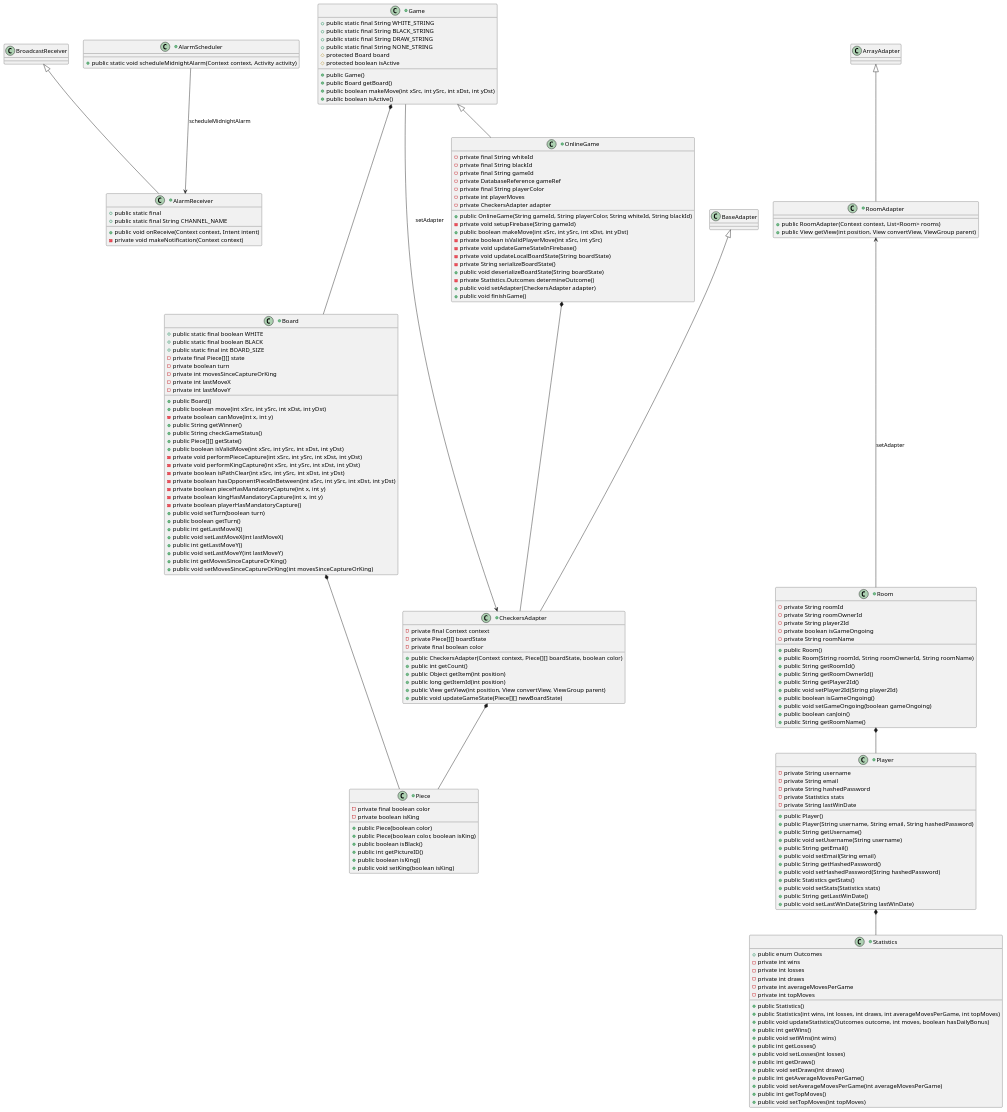
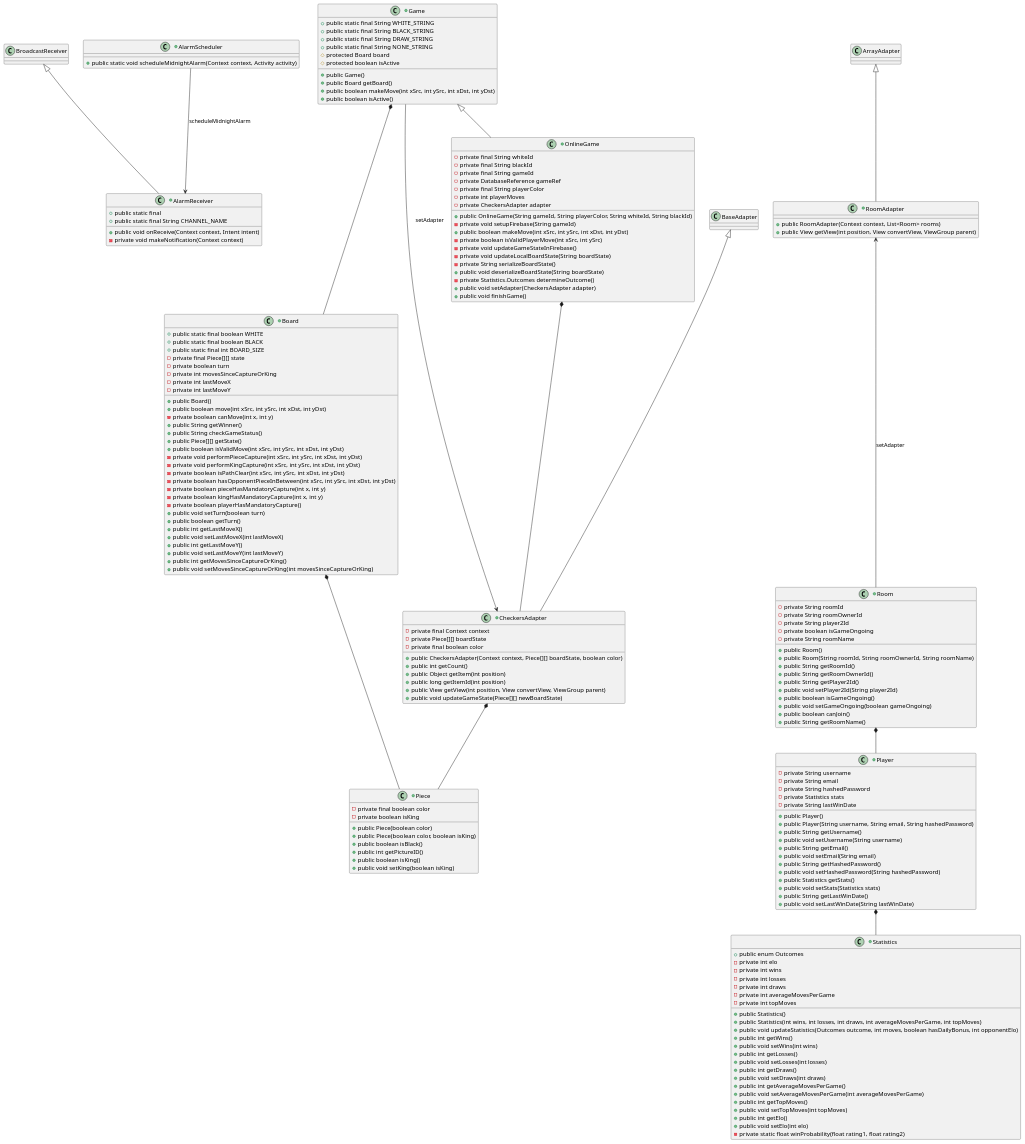
One commit to n-shor/Checkers changed the diagram in app/UMLDiagram.puml. Above: the diagram before and after it, drawn with PlantUML. The commit also changed 3 other files, not shown here.

Commit message:
Updated UML diagram

```diff
--- a/app/UMLDiagram.puml
+++ b/app/UMLDiagram.puml
@@ -1,192 +1,196 @@
 @startuml
 ' https://plantuml.com/class-diagram
 
 +class AlarmReceiver extends BroadcastReceiver
 {
     +public static final
     +public static final String CHANNEL_NAME
     +public void onReceive(Context context, Intent intent)
     -private void makeNotification(Context context)
 }
 
 +class AlarmScheduler
 {
     +public static void scheduleMidnightAlarm(Context context, Activity activity)
 }
 
 +class Board
 {
     +public static final boolean WHITE
     +public static final boolean BLACK
     +public static final int BOARD_SIZE
     -private final Piece[][] state
     -private boolean turn
     -private int movesSinceCaptureOrKing
     -private int lastMoveX
     -private int lastMoveY
     +public Board()
     +public boolean move(int xSrc, int ySrc, int xDst, int yDst)
     -private boolean canMove(int x, int y)
     +public String getWinner()
     +public String checkGameStatus()
     +public Piece[][] getState()
     +public boolean isValidMove(int xSrc, int ySrc, int xDst, int yDst)
     -private void performPieceCapture(int xSrc, int ySrc, int xDst, int yDst)
     -private void performKingCapture(int xSrc, int ySrc, int xDst, int yDst)
     -private boolean isPathClear(int xSrc, int ySrc, int xDst, int yDst)
     -private boolean hasOpponentPieceInBetween(int xSrc, int ySrc, int xDst, int yDst)
     -private boolean pieceHasMandatoryCapture(int x, int y)
     -private boolean kingHasMandatoryCapture(int x, int y)
     -private boolean playerHasMandatoryCapture()
     +public void setTurn(boolean turn)
     +public boolean getTurn()
     +public int getLastMoveX()
     +public void setLastMoveX(int lastMoveX)
     +public int getLastMoveY()
     +public void setLastMoveY(int lastMoveY)
     +public int getMovesSinceCaptureOrKing()
     +public void setMovesSinceCaptureOrKing(int movesSinceCaptureOrKing)
 
 }
 
 +class CheckersAdapter extends BaseAdapter
 {
     -private final Context context
     -private Piece[][] boardState
     -private final boolean color
     +public CheckersAdapter(Context context, Piece[][] boardState, boolean color)
     +public int getCount()
     +public Object getItem(int position)
     +public long getItemId(int position)
     +public View getView(int position, View convertView, ViewGroup parent)
     +public void updateGameState(Piece[][] newBoardState)
 }
 
 +class Game
 {
     +public static final String WHITE_STRING
     +public static final String BLACK_STRING
     +public static final String DRAW_STRING
     +public static final String NONE_STRING
     #protected Board board
     #protected boolean isActive
     +public Game()
     +public Board getBoard()
     +public boolean makeMove(int xSrc, int ySrc, int xDst, int yDst)
     +public boolean isActive()
 }
 
 +class OnlineGame extends Game
 {
     -private final String whiteId
     -private final String blackId
     -private final String gameId
     -private DatabaseReference gameRef
     -private final String playerColor
     -private int playerMoves
     -private CheckersAdapter adapter
     +public OnlineGame(String gameId, String playerColor, String whiteId, String blackId)
     -private void setupFirebase(String gameId)
     +public boolean makeMove(int xSrc, int ySrc, int xDst, int yDst)
     -private boolean isValidPlayerMove(int xSrc, int ySrc)
     -private void updateGameStateInFirebase()
     -private void updateLocalBoardState(String boardState)
     -private String serializeBoardState()
     +public void deserializeBoardState(String boardState)
     -private Statistics.Outcomes determineOutcome()
     +public void setAdapter(CheckersAdapter adapter)
     +public void finishGame()
 }
 
 +class Piece
 {
     -private final boolean color
     -private boolean isKing
     +public Piece(boolean color)
     +public Piece(boolean color, boolean isKing)
     +public boolean isBlack()
     +public int getPictureID()
     +public boolean isKing()
     +public void setKing(boolean isKing)
 }
 
 +class Player
 {
     -private String username
     -private String email
     -private String hashedPassword
     -private Statistics stats
     -private String lastWinDate
     +public Player()
     +public Player(String username, String email, String hashedPassword)
     +public String getUsername()
     +public void setUsername(String username)
     +public String getEmail()
     +public void setEmail(String email)
     +public String getHashedPassword()
     +public void setHashedPassword(String hashedPassword)
     +public Statistics getStats()
     +public void setStats(Statistics stats)
     +public String getLastWinDate()
     +public void setLastWinDate(String lastWinDate)
 }
 
 +class Room
 {
     -private String roomId
     -private String roomOwnerId
     -private String player2Id
     -private boolean isGameOngoing
     -private String roomName
     +public Room()
     +public Room(String roomId, String roomOwnerId, String roomName)
     +public String getRoomId()
     +public String getRoomOwnerId()
     +public String getPlayer2Id()
     +public void setPlayer2Id(String player2Id)
     +public boolean isGameOngoing()
     +public void setGameOngoing(boolean gameOngoing)
     +public boolean canJoin()
     +public String getRoomName()
 }
 
 +class RoomAdapter extends ArrayAdapter
 {
     +public RoomAdapter(Context context, List<Room> rooms)
     +public View getView(int position, View convertView, ViewGroup parent)
 }
 
 +class Statistics
 {
     +public enum Outcomes
+    -private int elo
     -private int wins
     -private int losses
     -private int draws
     -private int averageMovesPerGame
     -private int topMoves
     +public Statistics()
     +public Statistics(int wins, int losses, int draws, int averageMovesPerGame, int topMoves)
-    +public void updateStatistics(Outcomes outcome, int moves, boolean hasDailyBonus)
+    +public void updateStatistics(Outcomes outcome, int moves, boolean hasDailyBonus, int opponentElo)
     +public int getWins()
     +public void setWins(int wins)
     +public int getLosses()
     +public void setLosses(int losses)
     +public int getDraws()
     +public void setDraws(int draws)
     +public int getAverageMovesPerGame()
     +public void setAverageMovesPerGame(int averageMovesPerGame)
     +public int getTopMoves()
     +public void setTopMoves(int topMoves)
+    +public int getElo()
+    +public void setElo(int elo)
+    -private static float winProbability(float rating1, float rating2)
 }
 
 Game *-- Board
 Game --> CheckersAdapter : setAdapter
 OnlineGame *-- CheckersAdapter
 Room *-- Player
 RoomAdapter <-- Room : setAdapter
 AlarmScheduler --> AlarmReceiver : scheduleMidnightAlarm
 Board *-- Piece
 CheckersAdapter *-- Piece
 Player *-- Statistics
 
 @enduml
```
